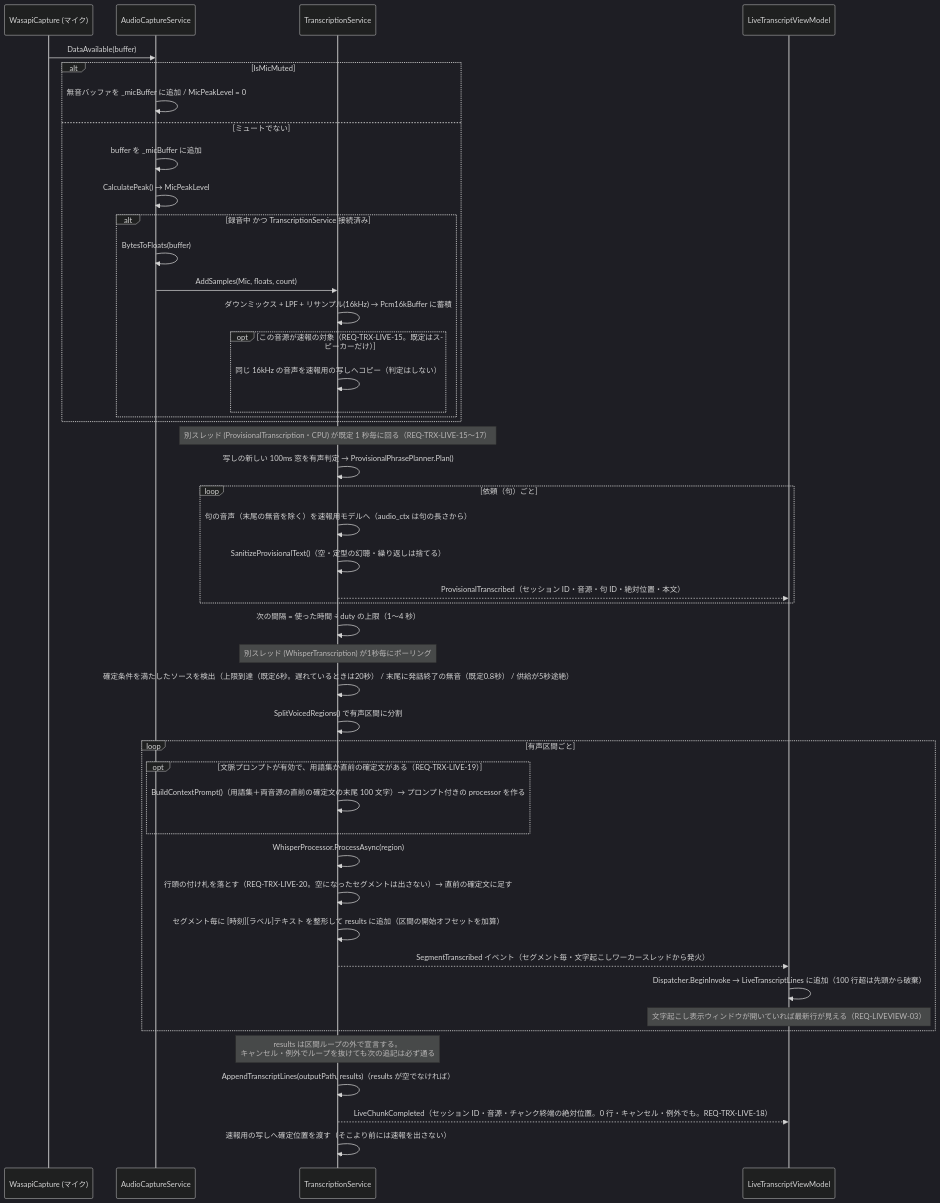
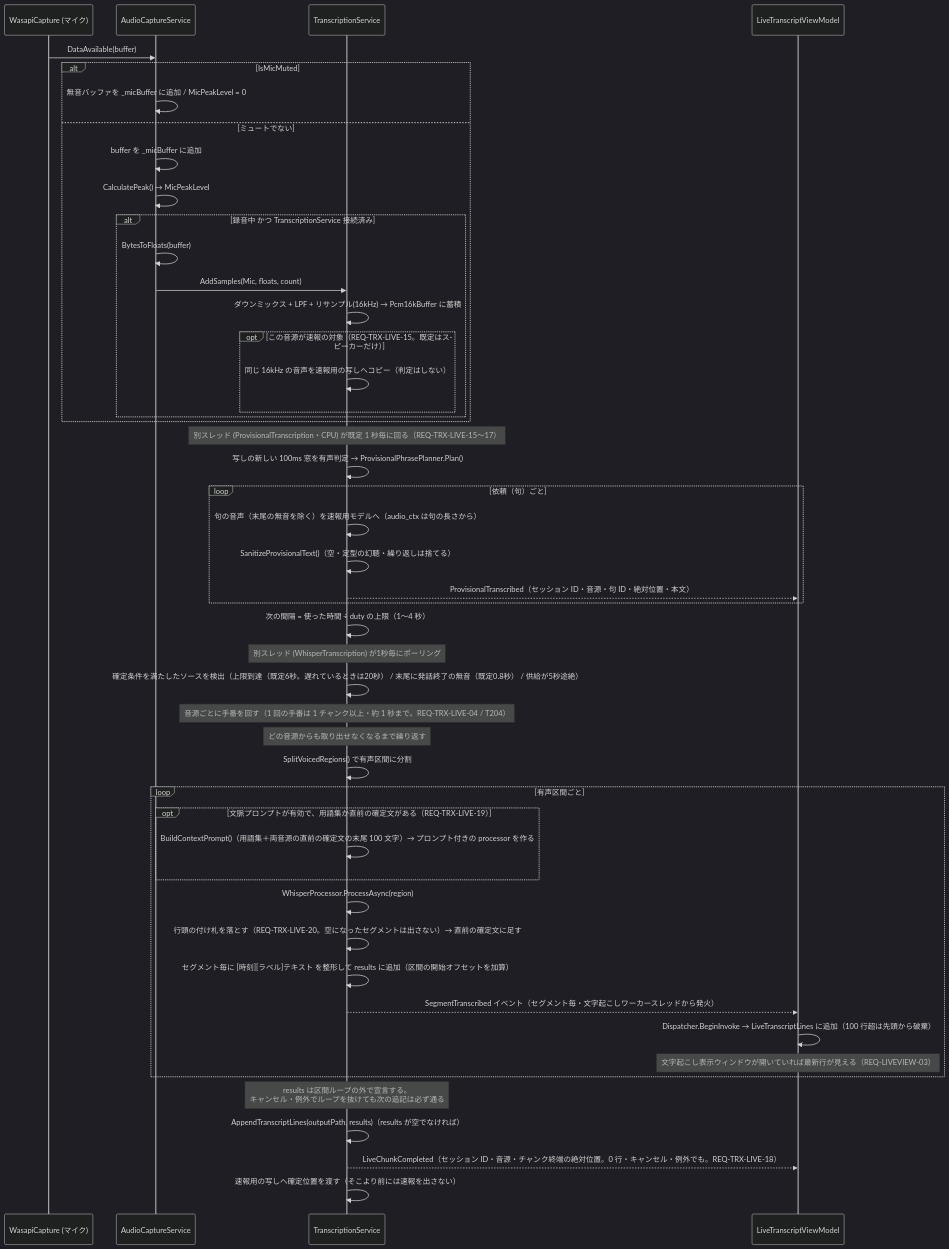
One commit to otomac/audio-capture-app changed the third of 9 diagrams in docs/spec/04_sequence_diagram.md. Above: the diagram before and after it, drawn with Mermaid (dark theme). The commit also changed 5 other files, not shown here.

````diff
--- a/docs/spec/04_sequence_diagram.md
+++ b/docs/spec/04_sequence_diagram.md
@@ -91,51 +91,53 @@
 ```mermaid
 sequenceDiagram
     participant Mic as WasapiCapture (マイク)
     participant ACS as AudioCaptureService
     participant TS as TranscriptionService
     participant LTVM as LiveTranscriptViewModel
 
     Mic->>ACS: DataAvailable(buffer)
     alt IsMicMuted
         ACS->>ACS: 無音バッファを _micBuffer に追加 / MicPeakLevel = 0
     else ミュートでない
         ACS->>ACS: buffer を _micBuffer に追加
         ACS->>ACS: CalculatePeak() → MicPeakLevel
         alt 録音中 かつ TranscriptionService 接続済み
             ACS->>ACS: BytesToFloats(buffer)
             ACS->>TS: AddSamples(Mic, floats, count)
             TS->>TS: ダウンミックス + LPF + リサンプル(16kHz) → Pcm16kBuffer に蓄積
             opt この音源が速報の対象（REQ-TRX-LIVE-15。既定はスピーカーだけ）
                 TS->>TS: 同じ 16kHz の音声を速報用の写しへコピー（判定はしない）
             end
         end
     end
 
     Note over TS: 別スレッド (ProvisionalTranscription・CPU) が既定 1 秒毎に回る（REQ-TRX-LIVE-15〜17）
     TS->>TS: 写しの新しい 100ms 窓を有声判定 → ProvisionalPhrasePlanner.Plan()
     loop 依頼（句）ごと
         TS->>TS: 句の音声（末尾の無音を除く）を速報用モデルへ（audio_ctx は句の長さから）
         TS->>TS: SanitizeProvisionalText()（空・定型の幻聴・繰り返しは捨てる）
         TS-->>LTVM: ProvisionalTranscribed（セッション ID・音源・句 ID・絶対位置・本文）
     end
     TS->>TS: 次の間隔 = 使った時間 ÷ duty の上限（1〜4 秒）
 
     Note over TS: 別スレッド (WhisperTranscription) が1秒毎にポーリング
     TS->>TS: 確定条件を満たしたソースを検出（上限到達（既定6秒。遅れているときは20秒） / 末尾に発話終了の無音（既定0.8秒） / 供給が5秒途絶）
+    Note over TS: 音源ごとに手番を回す（1 回の手番は 1 チャンク以上・約 1 秒まで。REQ-TRX-LIVE-04 / T204）
+    Note over TS: どの音源からも取り出せなくなるまで繰り返す
     TS->>TS: SplitVoicedRegions() で有声区間に分割
     loop 有声区間ごと
         opt 文脈プロンプトが有効で、用語集か直前の確定文がある（REQ-TRX-LIVE-19）
             TS->>TS: BuildContextPrompt()（用語集＋両音源の直前の確定文の末尾 100 文字）→ プロンプト付きの processor を作る
         end
         TS->>TS: WhisperProcessor.ProcessAsync(region)
         TS->>TS: 行頭の付け札を落とす（REQ-TRX-LIVE-20。空になったセグメントは出さない）→ 直前の確定文に足す
         TS->>TS: セグメント毎に [時刻][ラベル]テキスト を整形して results に追加（区間の開始オフセットを加算）
         TS-->>LTVM: SegmentTranscribed イベント（セグメント毎・文字起こしワーカースレッドから発火）
         LTVM->>LTVM: Dispatcher.BeginInvoke → LiveTranscriptLines に追加（100 行超は先頭から破棄）
         Note over LTVM: 文字起こし表示ウィンドウが開いていれば最新行が見える（REQ-LIVEVIEW-03）
     end
     Note over TS: results は区間ループの外で宣言する。<br/>キャンセル・例外でループを抜けても次の追記は必ず通る
     TS->>TS: AppendTranscriptLines(outputPath, results)（results が空でなければ）
     TS-->>LTVM: LiveChunkCompleted（セッション ID・音源・チャンク終端の絶対位置。0 行・キャンセル・例外でも。REQ-TRX-LIVE-18）
     TS->>TS: 速報用の写しへ確定位置を渡す（そこより前には速報を出さない）
 ```
````
